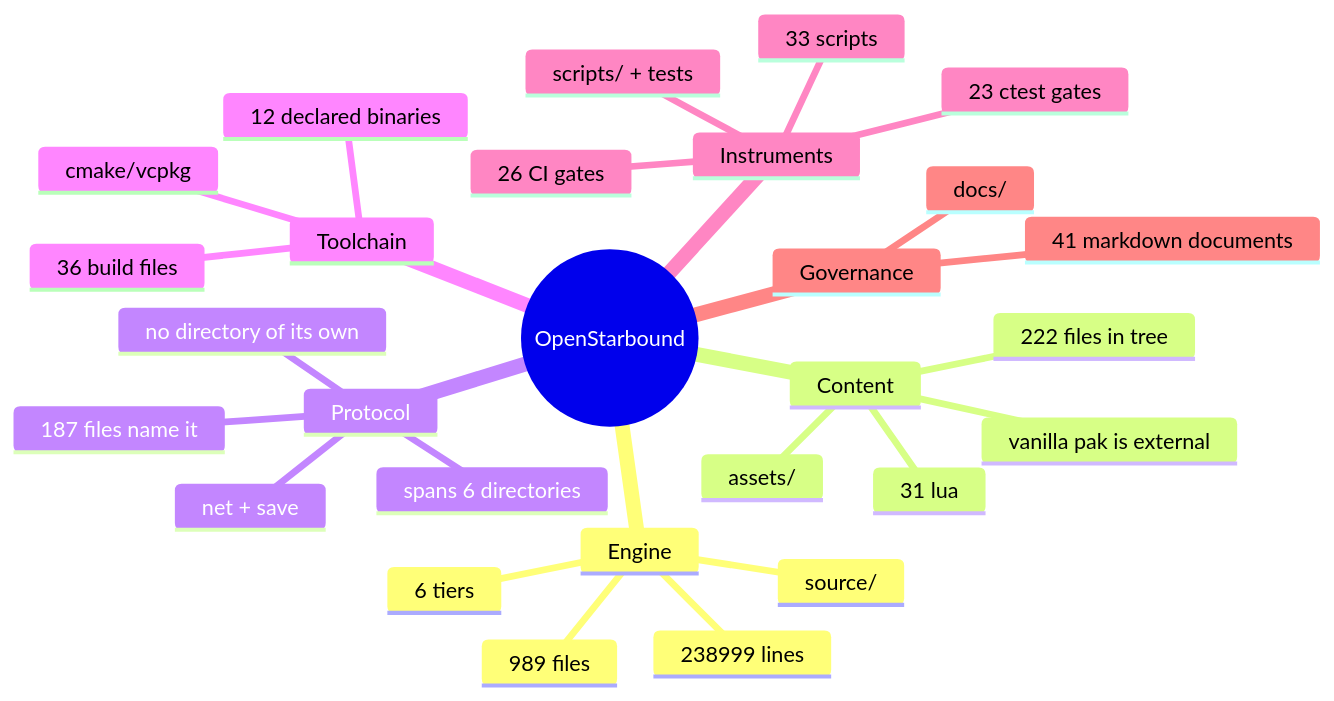
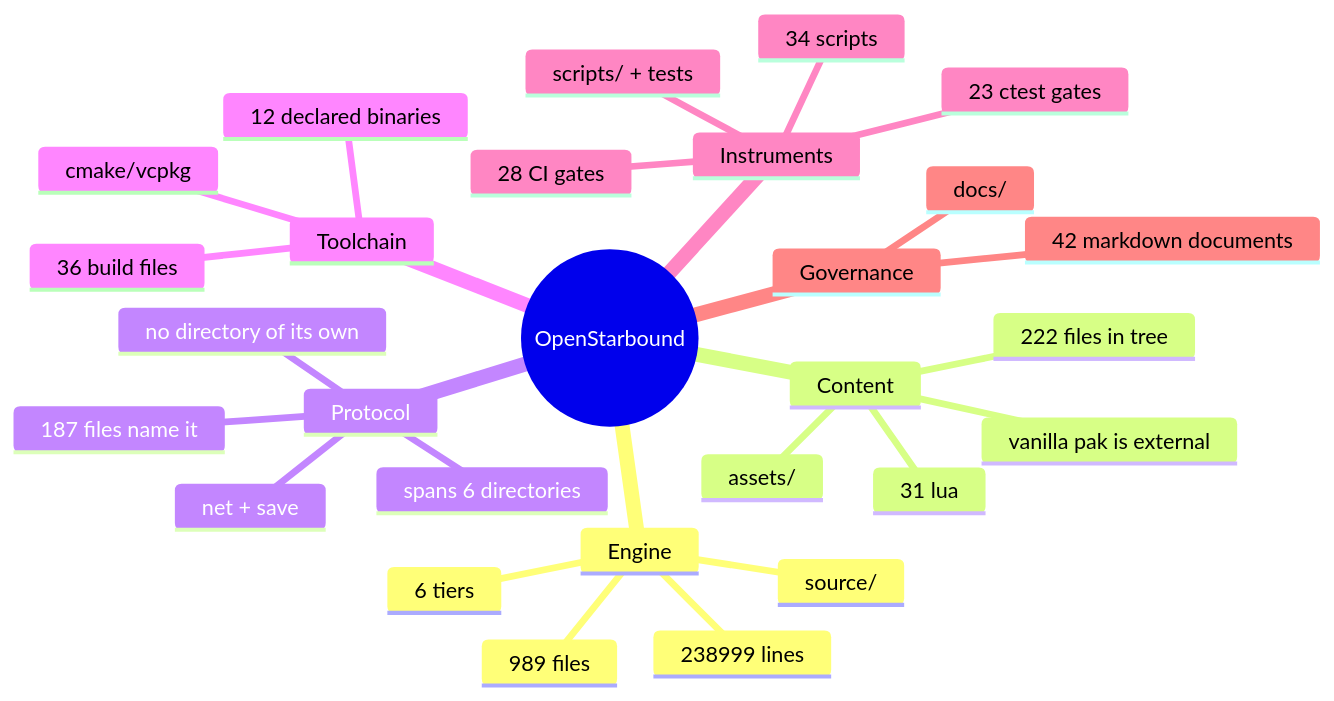
Before and after one commit to apnex/OpenStarbound: the second of 11 diagrams in docs/architecture/system-boundaries.md, drawn with Mermaid. The commit also changed 4 other files, not shown here.

````diff
--- a/docs/architecture/system-boundaries.md
+++ b/docs/architecture/system-boundaries.md
@@ -166,31 +166,31 @@
 ```mermaid
 mindmap
   root((OpenStarbound))
     Engine
       source/
       989 files
       238999 lines
       6 tiers
     Content
       assets/
       222 files in tree
       31 lua
       vanilla pak is external
     Protocol
       net + save
       187 files name it
       spans 6 directories
       no directory of its own
     Toolchain
       cmake/vcpkg
       36 build files
       12 declared binaries
     Instruments
       scripts/ + tests
-      33 scripts
+      34 scripts
       23 ctest gates
-      26 CI gates
+      28 CI gates
     Governance
       docs/
-      41 markdown documents
+      42 markdown documents
 ```
````
